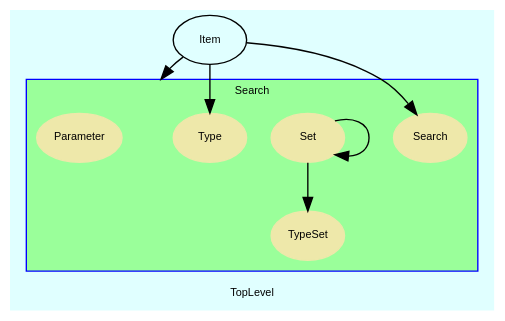
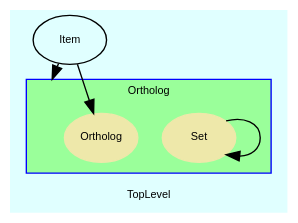
One commit to ddiez/seqminer changed the diagram in doc/dot/f_6.dot. Above: the diagram before and after it, drawn with Graphviz. The commit also changed 125 other files, not shown here.

```diff
--- a/doc/dot/f_6.dot
+++ b/doc/dot/f_6.dot
@@ -1,99 +1,64 @@
 digraph TopLevel {
     label = "TopLevel"
     compound = true
     fontname = Arial
     fontsize = 8
     bgcolor = lightcyan1
     node [
         color = black,
         fontname = Arial,
         fontsize = 8
     ]
 
+    Ortholog__Set -> Ortholog__Set [
+
+    ]
+
     Item [
         URL = "classes/Item.html",
         label = "Item"
     ]
 
-    Item -> Search__Search [
+    Item -> Ortholog__Ortholog [
 
     ]
 
-    Search__Set -> Search__TypeSet [
-
-    ]
-
-    Search__Set -> Search__Set [
-
-    ]
-
-    Item -> Search__Type [
-
-    ]
-
-    subgraph cluster_Search {
-        label = "Search"
+    subgraph cluster_Ortholog {
+        label = "Ortholog"
         fillcolor = palegreen1
-        URL = "classes/Search.html"
+        URL = "classes/Ortholog.html"
         color = blue
         fontname = Arial
         style = filled
-        Search [
+        Ortholog [
             shape = plaintext,
             height = 0.01,
             width = 0.01,
             label = ""
         ]
 
-        Search__Search [
+        Ortholog__Set [
             fontcolor = black,
             shape = ellipse,
-            URL = "classes/Search/Search.html",
-            color = palegoldenrod,
-            style = filled,
-            label = "Search"
-        ]
-
-        Search__TypeSet [
-            fontcolor = black,
-            shape = ellipse,
-            URL = "classes/Search/TypeSet.html",
-            color = palegoldenrod,
-            style = filled,
-            label = "TypeSet"
-        ]
-
-        Search__Set [
-            fontcolor = black,
-            shape = ellipse,
-            URL = "classes/Search/Set.html",
+            URL = "classes/Ortholog/Set.html",
             color = palegoldenrod,
             style = filled,
             label = "Set"
         ]
 
-        Search__Parameter [
+        Ortholog__Ortholog [
             fontcolor = black,
             shape = ellipse,
-            URL = "classes/Search/Parameter.html",
+            URL = "classes/Ortholog/Ortholog.html",
             color = palegoldenrod,
             style = filled,
-            label = "Parameter"
-        ]
-
-        Search__Type [
-            fontcolor = black,
-            shape = ellipse,
-            URL = "classes/Search/Type.html",
-            color = palegoldenrod,
-            style = filled,
-            label = "Type"
+            label = "Ortholog"
         ]
 
     }
 
-    Item -> Search [
-        lhead = cluster_Search
+    Item -> Ortholog [
+        lhead = cluster_Ortholog
     ]
 
 }
```
